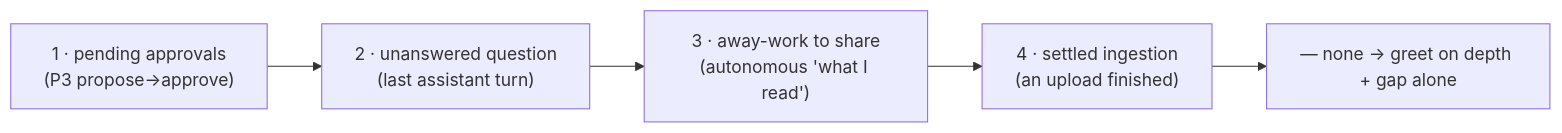
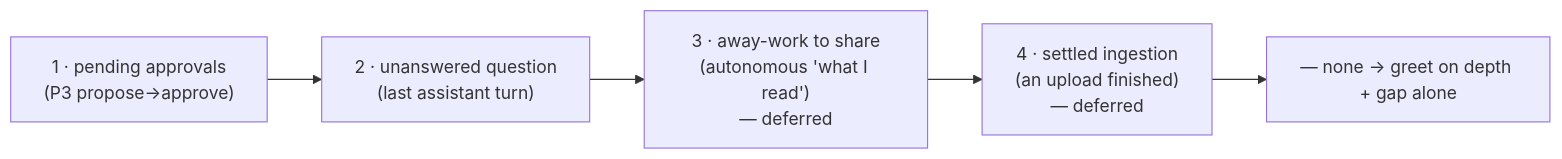
One commit to CobbleStamp/CobbleCompanion changed the third of 3 diagrams in docs/companion-greeting.md. Above: the diagram before and after it, drawn with Mermaid. The commit also changed other lines of this file and 4 other files, not shown here.

````diff
--- a/docs/companion-greeting.md
+++ b/docs/companion-greeting.md
@@ -195,7 +195,7 @@
 ```mermaid
 flowchart LR
     P1["1 · pending approvals<br/>(P3 propose→approve)"] --> P2["2 · unanswered question<br/>(last assistant turn)"]
-    P2 --> P3["3 · away-work to share<br/>(autonomous 'what I read')"]
-    P3 --> P4["4 · settled ingestion<br/>(an upload finished)"]
+    P2 --> P3["3 · away-work to share<br/>(autonomous 'what I read')<br/>— deferred"]
+    P3 --> P4["4 · settled ingestion<br/>(an upload finished)<br/>— deferred"]
     P4 --> P0["— none → greet on depth + gap alone"]
 ```
````
